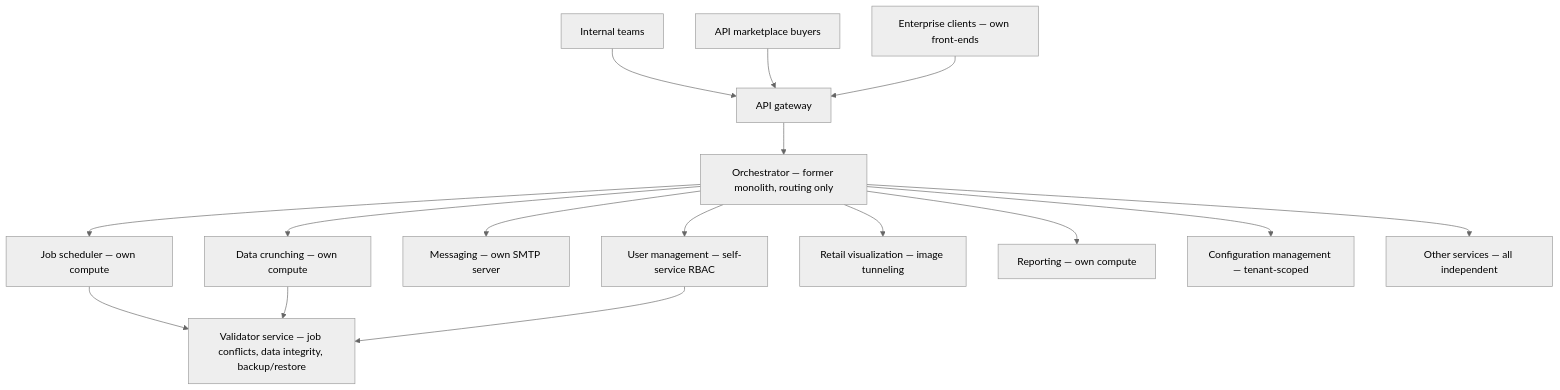
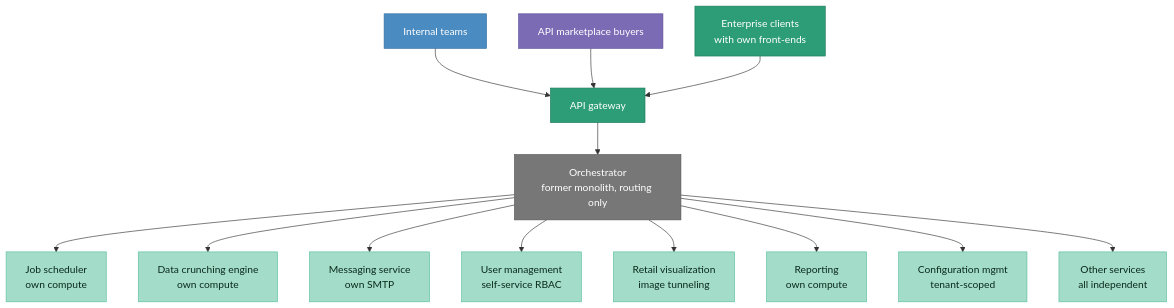
The first of 4 diagrams in diagrams/after-state.md (ShashwatSharmaPM/platform-decomposition-api-marketplace), drawn with Mermaid before and after one commit. The commit also changed other lines of this file, not shown here.

````diff
--- a/diagrams/after-state.md
+++ b/diagrams/after-state.md
@@ -5,24 +5,30 @@
 ```mermaid
-%%{init: {'theme': 'neutral'}}%%
 graph TD
-    INT[Internal teams] --> GW
+    INT[Internal teams] --> GW[API gateway]
     MKT[API marketplace buyers] --> GW
-    ENT[Enterprise clients — own front-ends] --> GW
+    ENT[Enterprise clients<br/>with own front-ends] --> GW
 
-    GW[API gateway]
+    GW --> ORCH[Orchestrator<br/>former monolith, routing only]
 
-    GW --> ORCH[Orchestrator — former monolith, routing only]
+    ORCH --> JS[Job scheduler<br/>own compute]
+    ORCH --> DC[Data crunching engine<br/>own compute]
+    ORCH --> MSG[Messaging service<br/>own SMTP]
+    ORCH --> UM[User management<br/>self-service RBAC]
+    ORCH --> RV[Retail visualization<br/>image tunneling]
+    ORCH --> RPT[Reporting<br/>own compute]
+    ORCH --> CFG[Configuration mgmt<br/>tenant-scoped]
+    ORCH --> MORE[Other services<br/>all independent]
 
-    ORCH --> JS[Job scheduler — own compute]
-    ORCH --> DC[Data crunching — own compute]
-    ORCH --> MSG[Messaging — own SMTP server]
-    ORCH --> UM[User management — self-service RBAC]
-    ORCH --> RV[Retail visualization — image tunneling]
-    ORCH --> RPT[Reporting — own compute]
-    ORCH --> CFG[Configuration management — tenant-scoped]
-    ORCH --> MORE[Other services — all independent]
+    classDef gateway fill:#2d9d78,color:#fff,stroke:#1d7a5c
+    classDef orch fill:#777,color:#fff,stroke:#555
+    classDef svc fill:#a3dcc8,color:#0a2a1e,stroke:#5dbfa0
+    classDef ext fill:#4a8bc2,color:#fff,stroke:#3670a0
+    classDef mkt fill:#7b6bb5,color:#fff,stroke:#5f519a
 
-    JS --> VAL[Validator service — job conflicts, data integrity, backup/restore]
-    DC --> VAL
-    UM --> VAL
+    class GW gateway
+    class ORCH orch
+    class JS,DC,MSG,UM,RV,RPT,CFG,MORE svc
+    class INT ext
+    class MKT mkt
+    class ENT gateway
 ```
````
